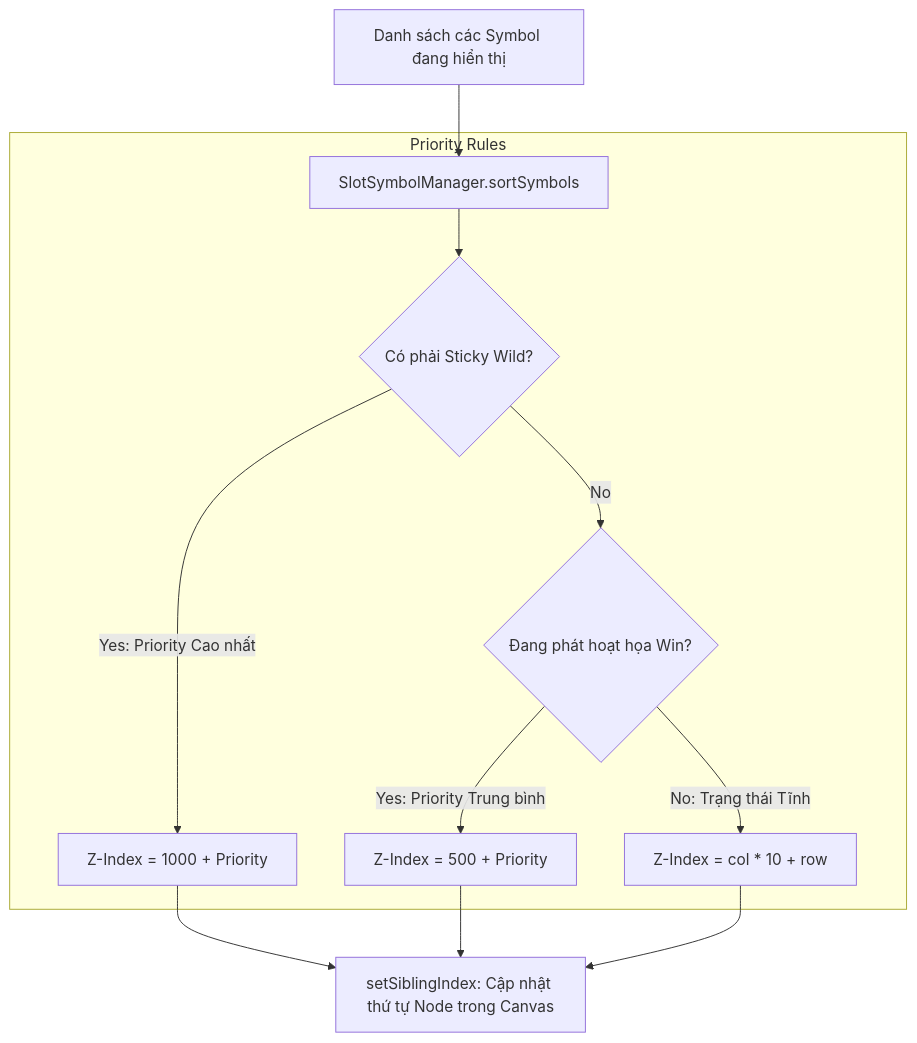
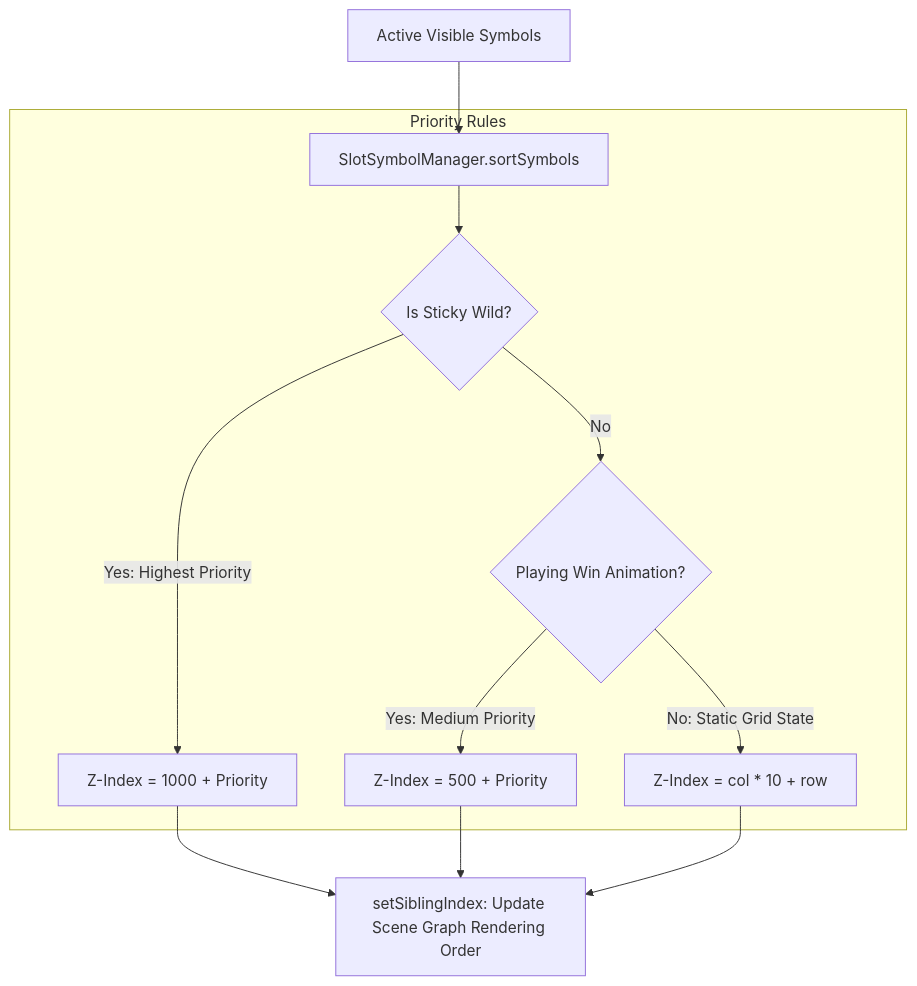
Before and after one commit to lam-ark/mcp-fwcc: the second of 2 diagrams in docs/cc_slot_module/over_view/08_table_reel_symbol_engine_architecture.md, drawn with Mermaid. The commit also changed other lines of this file and 16 other files, not shown here.

````diff
--- a/docs/cc_slot_module/over_view/08_table_reel_symbol_engine_architecture.md
+++ b/docs/cc_slot_module/over_view/08_table_reel_symbol_engine_architecture.md
@@ -97,18 +97,18 @@
 ```mermaid
 graph TD
-    SymList[Danh sách các Symbol đang hiển thị] --> SortFunc[SlotSymbolManager.sortSymbols]
+    SymList[Active Visible Symbols] --> SortFunc[SlotSymbolManager.sortSymbols]
     
     subgraph Priority Rules
-        SortFunc --> CheckSticky{Có phải Sticky Wild?}
-        CheckSticky -->|Yes: Priority Cao nhất| TopLayer[Z-Index = 1000 + Priority]
+        SortFunc --> CheckSticky{Is Sticky Wild?}
+        CheckSticky -->|Yes: Highest Priority| TopLayer[Z-Index = 1000 + Priority]
         
-        CheckSticky -->|No| CheckWin{Đang phát hoạt họa Win?}
-        CheckWin -->|Yes: Priority Trung bình| MidLayer[Z-Index = 500 + Priority]
+        CheckSticky -->|No| CheckWin{Playing Win Animation?}
+        CheckWin -->|Yes: Medium Priority| MidLayer[Z-Index = 500 + Priority]
         
-        CheckWin -->|No: Trạng thái Tĩnh| BaseLayer[Z-Index = col * 10 + row]
+        CheckWin -->|No: Static Grid State| BaseLayer[Z-Index = col * 10 + row]
     end
 
-    TopLayer --> ApplySibling[setSiblingIndex: Cập nhật thứ tự Node trong Canvas]
+    TopLayer --> ApplySibling[setSiblingIndex: Update Scene Graph Rendering Order]
     MidLayer --> ApplySibling
     BaseLayer --> ApplySibling
 ```
````
